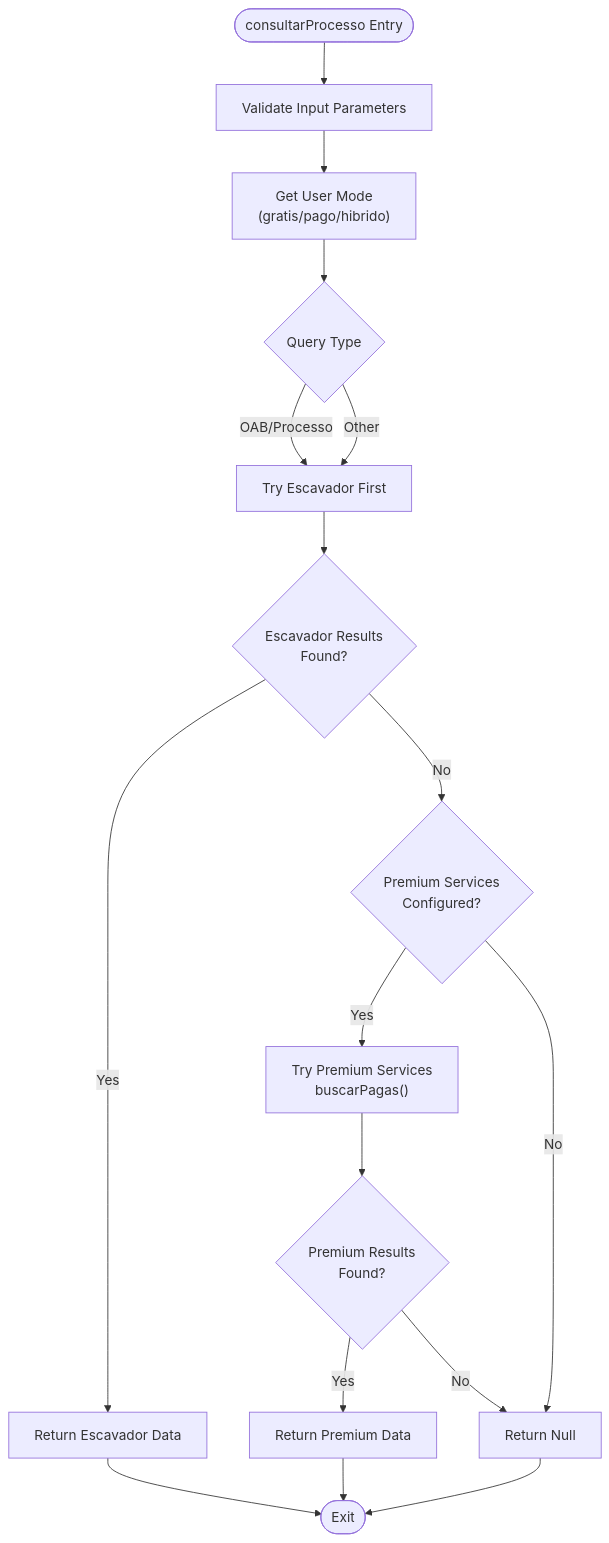
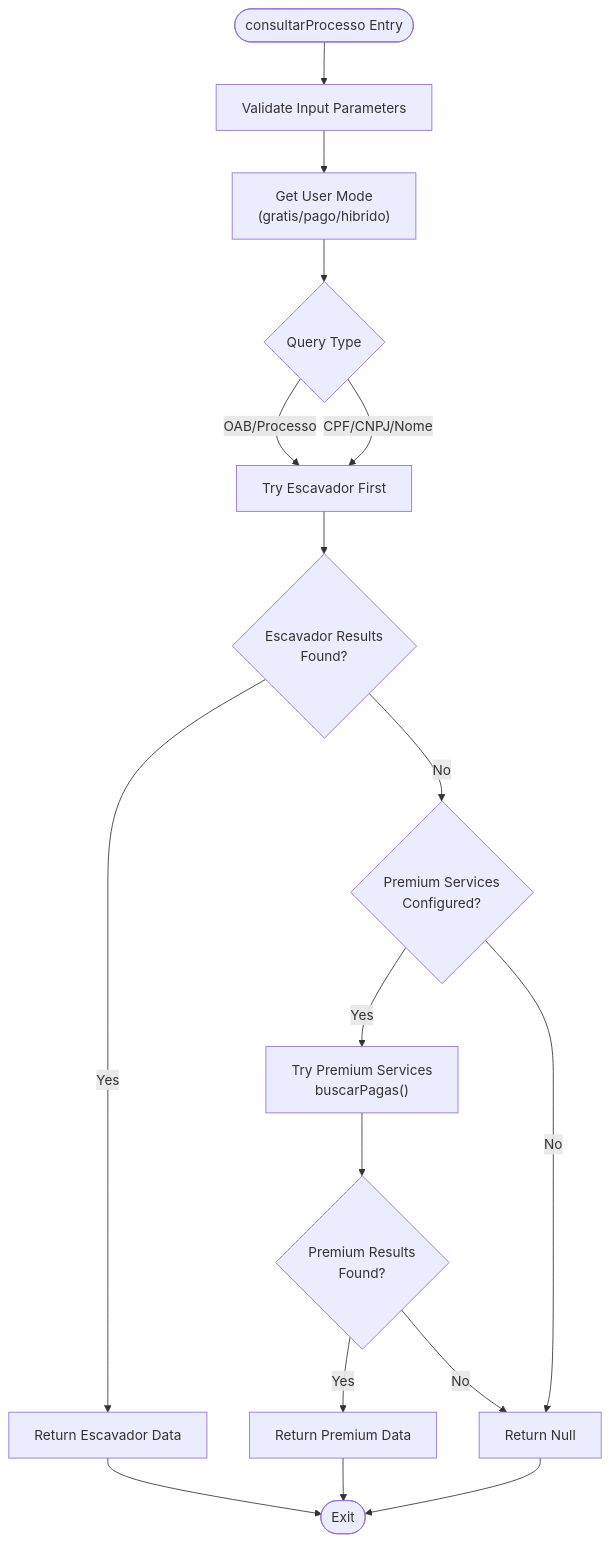
One commit to Alexandrexicara/bot-processos changed the third of 17 diagrams in .qoder/repowiki/en/content/API Integration Layer/API Integration Layer.md. Above: the diagram before and after it, drawn with Mermaid. The commit also changed other lines of this file and 3 other files, not shown here.

````diff
--- a/.qoder/repowiki/en/content/API Integration Layer/API Integration Layer.md
+++ b/.qoder/repowiki/en/content/API Integration Layer/API Integration Layer.md
@@ -229,19 +232,19 @@
 ```mermaid
 flowchart TD
 Start([consultarProcesso Entry]) --> ValidateInput["Validate Input Parameters"]
 ValidateInput --> GetMode["Get User Mode<br/>(gratis/pago/hibrido)"]
 GetMode --> CheckType{"Query Type"}
 CheckType --> |OAB/Processo| EscavadorFirst["Try Escavador First"]
-CheckType --> |Other| EscavadorFirst
+CheckType --> |CPF/CNPJ/Nome| EscavadorFirst
 EscavadorFirst --> EscavadorSuccess{"Escavador Results<br/>Found?"}
 EscavadorSuccess --> |Yes| ReturnEscavador["Return Escavador Data"]
 EscavadorSuccess --> |No| PremiumCheck{"Premium Services<br/>Configured?"}
 PremiumCheck --> |Yes| PremiumFirst["Try Premium Services<br/>buscarPagas()"]
 PremiumCheck --> |No| ReturnNull["Return Null"]
 PremiumFirst --> PremiumSuccess{"Premium Results<br/>Found?"}
 PremiumSuccess --> |Yes| ReturnPremium["Return Premium Data"]
 PremiumSuccess --> |No| ReturnNull
 ReturnEscavador --> End([Exit])
 ReturnPremium --> End
 ReturnNull --> End
 ```
````
